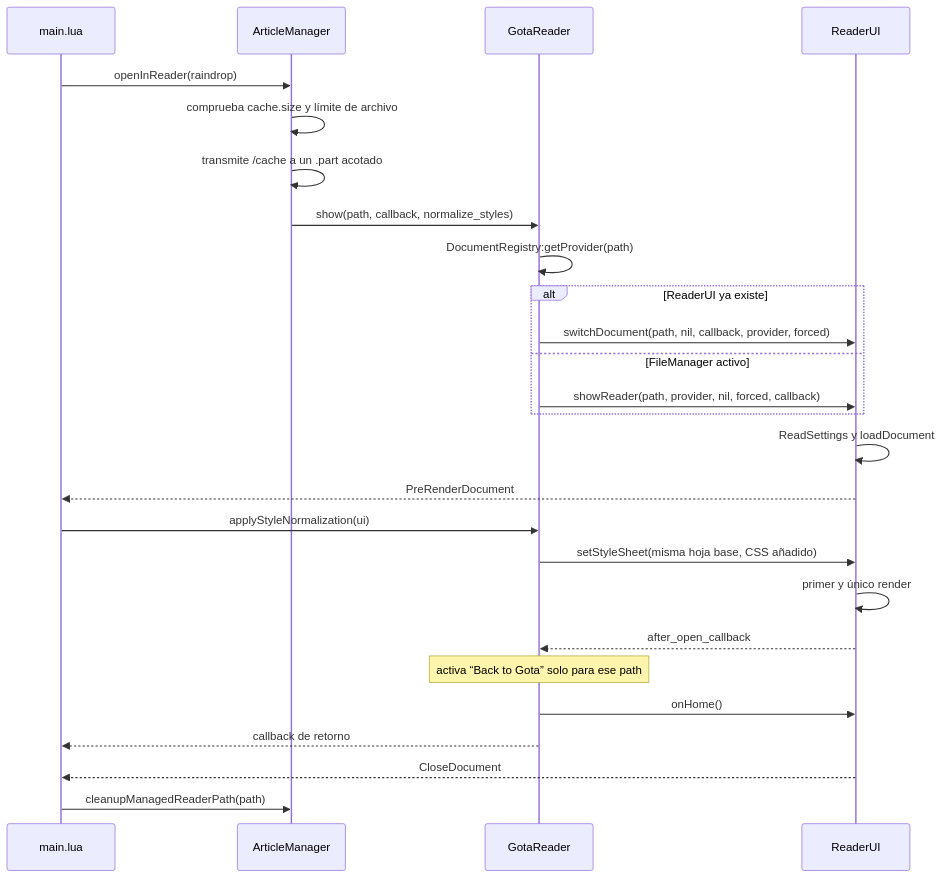
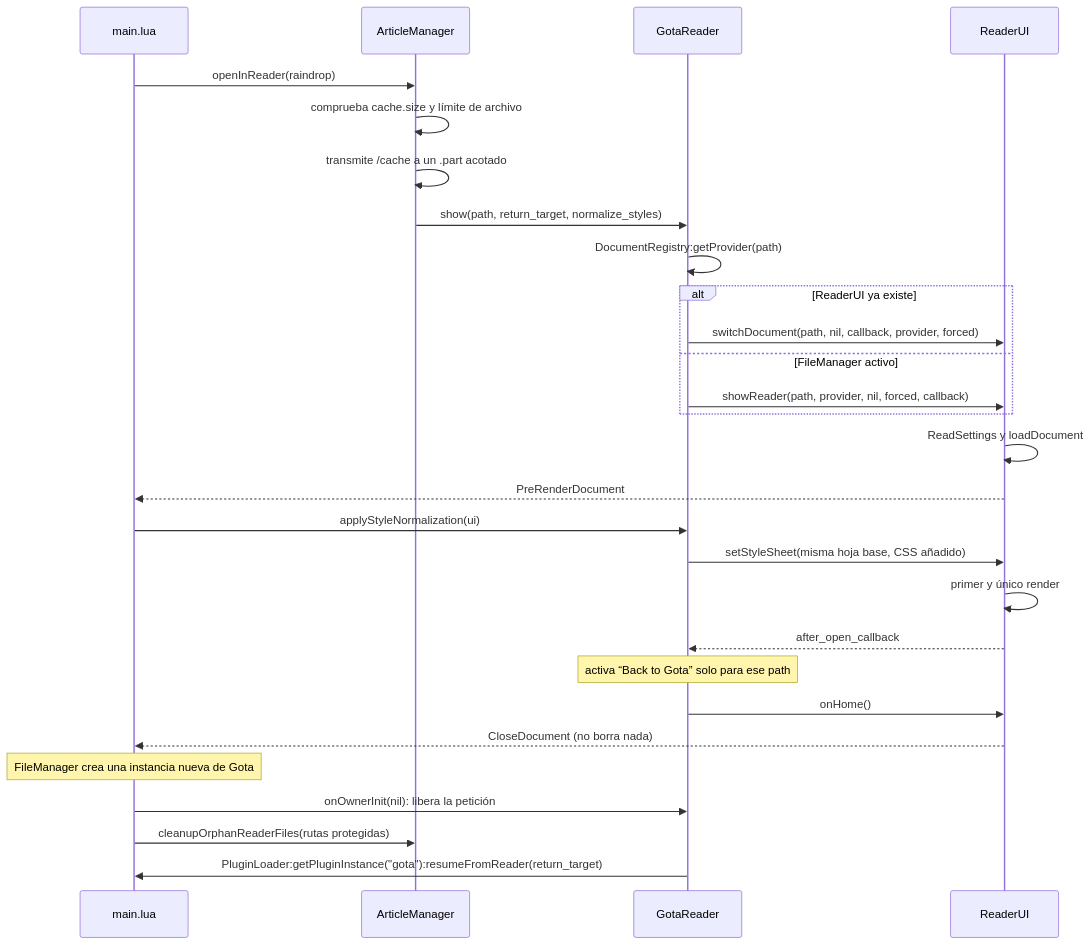
The second of 2 diagrams in gota.koplugin/ARCHITECTURE.md (cristenger/gota.koplugin-for-raindrop), drawn with Mermaid before and after one commit. The commit also changed other lines of this file and 3 other files, not shown here.

First line of the commit message:
docs: align architecture and changelog with reader lifecycle fixes

````diff
--- a/gota.koplugin/ARCHITECTURE.md
+++ b/gota.koplugin/ARCHITECTURE.md
@@ -76,29 +80,31 @@
 ```mermaid
 sequenceDiagram
     participant UI as main.lua
     participant AM as ArticleManager
     participant GR as GotaReader
     participant RU as ReaderUI
 
     UI->>AM: openInReader(raindrop)
     AM->>AM: comprueba cache.size y límite de archivo
     AM->>AM: transmite /cache a un .part acotado
-    AM->>GR: show(path, callback, normalize_styles)
+    AM->>GR: show(path, return_target, normalize_styles)
     GR->>GR: DocumentRegistry:getProvider(path)
     alt ReaderUI ya existe
         GR->>RU: switchDocument(path, nil, callback, provider, forced)
     else FileManager activo
         GR->>RU: showReader(path, provider, nil, forced, callback)
     end
     RU->>RU: ReadSettings y loadDocument
     RU-->>UI: PreRenderDocument
     UI->>GR: applyStyleNormalization(ui)
     GR->>RU: setStyleSheet(misma hoja base, CSS añadido)
     RU->>RU: primer y único render
     RU-->>GR: after_open_callback
     Note over GR: activa “Back to Gota” solo para ese path
     GR->>RU: onHome()
-    GR-->>UI: callback de retorno
-    RU-->>UI: CloseDocument
-    UI->>AM: cleanupManagedReaderPath(path)
+    RU-->>UI: CloseDocument (no borra nada)
+    Note over UI: FileManager crea una instancia nueva de Gota
+    UI->>GR: onOwnerInit(nil): libera la petición
+    UI->>AM: cleanupOrphanReaderFiles(rutas protegidas)
+    GR->>UI: PluginLoader:getPluginInstance("gota"):resumeFromReader(return_target)
 ```
````
